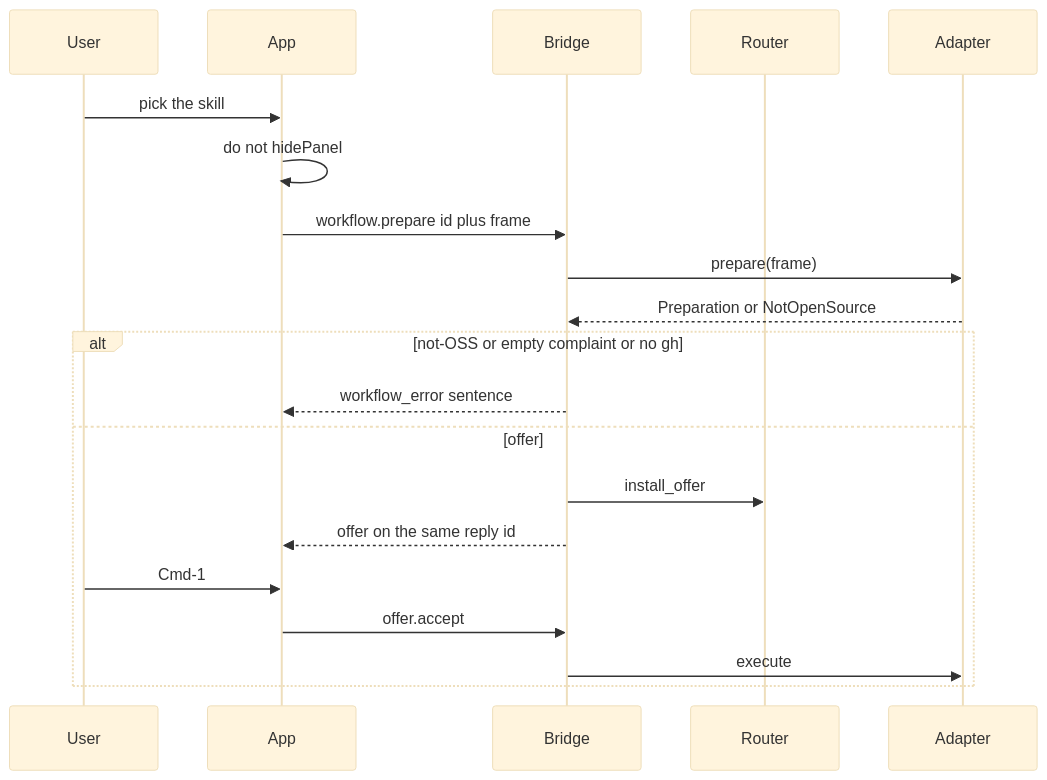
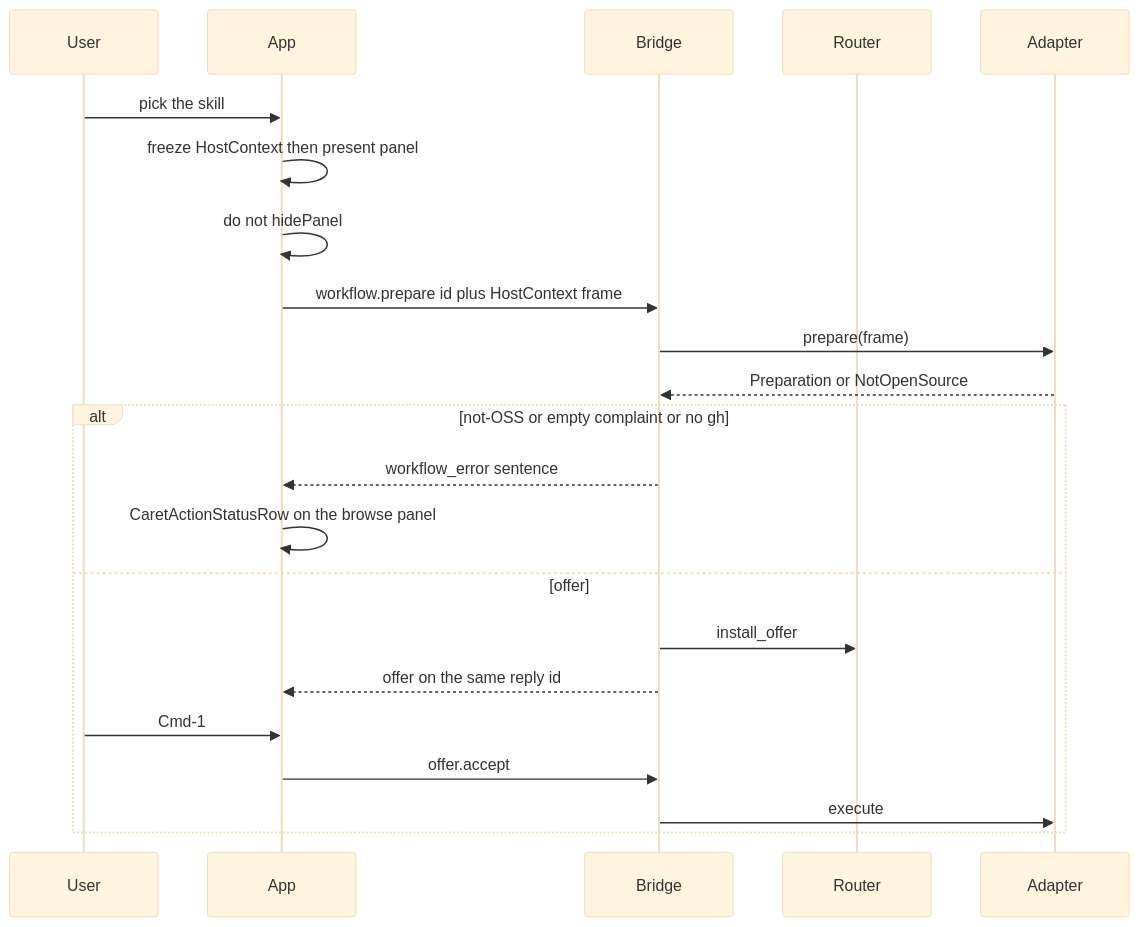
One commit to theodorexli/Caret changed the second of 2 diagrams in memory-bank/active/tasks.md. Above: the diagram before and after it, drawn with Mermaid (base theme). The commit also changed other lines of this file and 2 other files, not shown here.

````diff
--- a/memory-bank/active/tasks.md
+++ b/memory-bank/active/tasks.md
@@ -36,23 +37,25 @@
 ```mermaid
 sequenceDiagram
     participant User
     participant App
     participant Bridge
     participant Router
     participant Adapter
 
     User->>App: pick the skill
+    App->>App: freeze HostContext then present panel
     App->>App: do not hidePanel
-    App->>Bridge: workflow.prepare id plus frame
+    App->>Bridge: workflow.prepare id plus HostContext frame
     Bridge->>Adapter: prepare(frame)
     Adapter-->>Bridge: Preparation or NotOpenSource
     alt not-OSS or empty complaint or no gh
         Bridge-->>App: workflow_error sentence
+        App->>App: CaretActionStatusRow on the browse panel
     else offer
         Bridge->>Router: install_offer
         Bridge-->>App: offer on the same reply id
         User->>App: Cmd-1
         App->>Bridge: offer.accept
         Bridge->>Adapter: execute
     end
 ```
````
